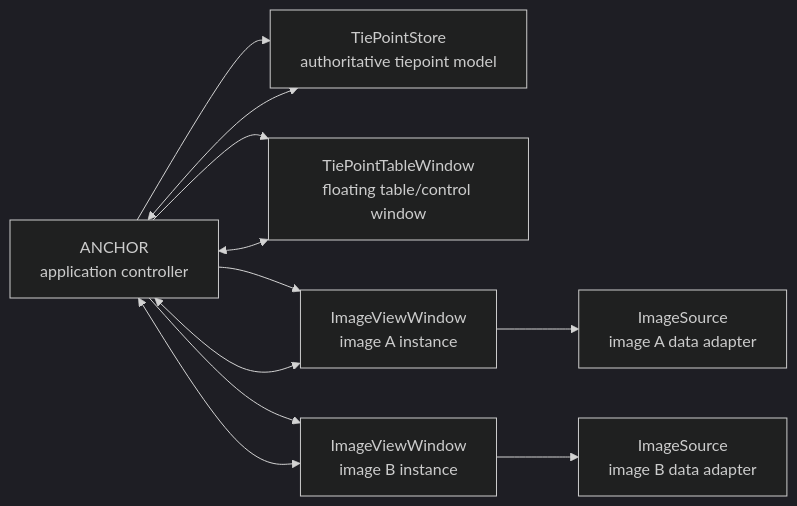
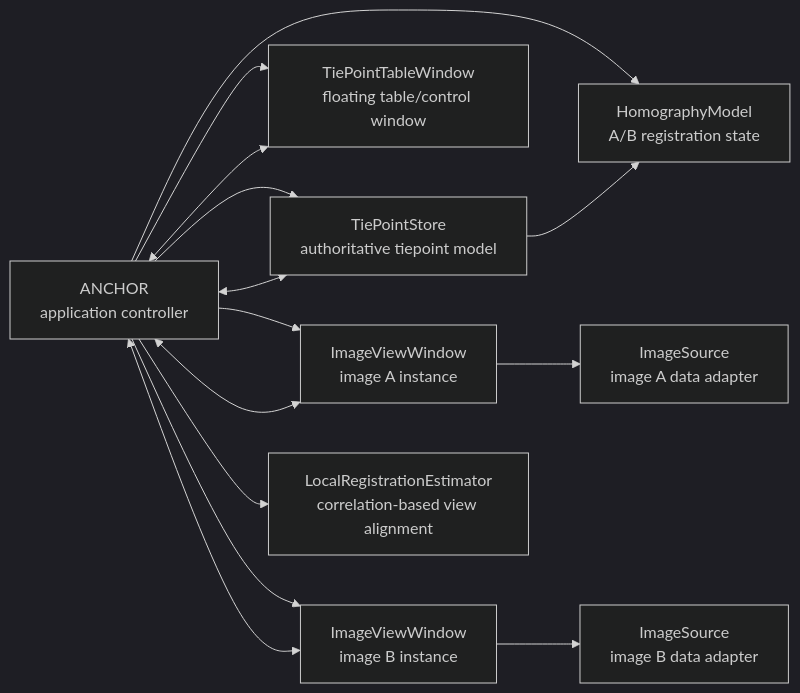
One commit to mdegan2020/anchor changed the diagram in docs/design.md. Above: the diagram before and after it, drawn with Mermaid (dark theme). The commit also changed other lines of this file, not shown here.

````diff
--- a/docs/design.md
+++ b/docs/design.md
@@ -47,21 +52,26 @@
 ```mermaid
 flowchart LR
     App["ANCHOR<br/>application controller"]
     Store["TiePointStore<br/>authoritative tiepoint model"]
+    Transform["HomographyModel<br/>A/B registration state"]
     Table["TiePointTableWindow<br/>floating table/control window"]
     A["ImageViewWindow<br/>image A instance"]
     B["ImageViewWindow<br/>image B instance"]
+    Register["LocalRegistrationEstimator<br/>correlation-based view alignment"]
     ImgA["ImageSource<br/>image A data adapter"]
     ImgB["ImageSource<br/>image B data adapter"]
 
     App --> Store
+    App --> Transform
     App --> Table
     App --> A
     App --> B
+    App --> Register
     A --> ImgA
     B --> ImgB
     Table <--> App
     A <--> App
     B <--> App
     App <--> Store
+    Store --> Transform
 ```
````
